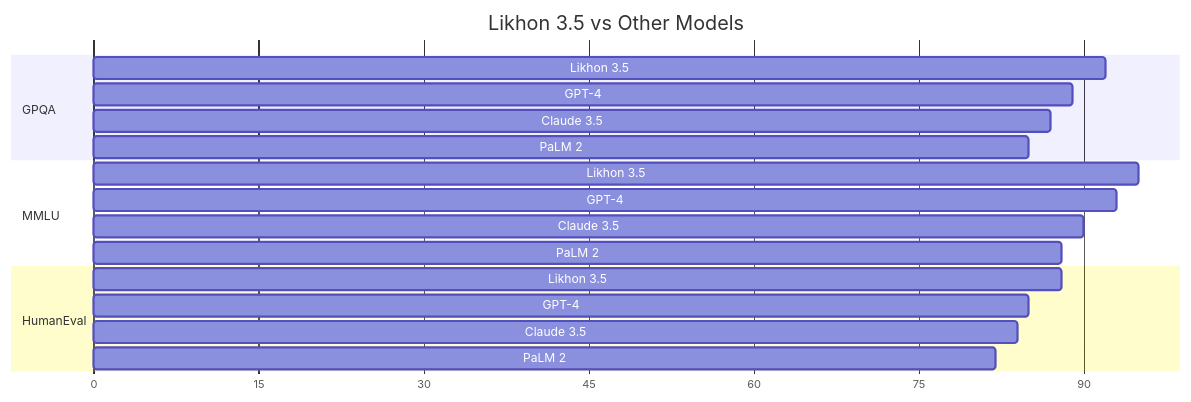
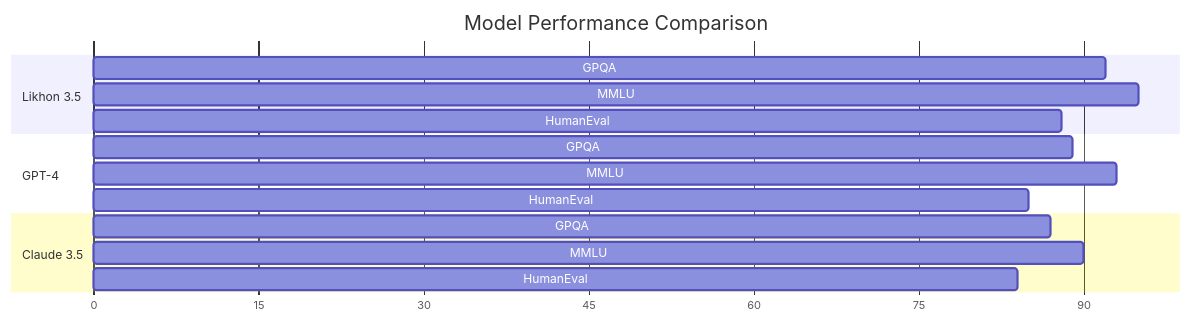
Before and after one commit to nectariferous/likhon-3.5: the fourth of 11 diagrams in README.md, drawn with Mermaid. The commit also changed other lines of this file, not shown here.

````diff
--- a/README.md
+++ b/README.md
@@ -45,24 +116,21 @@
 ```mermaid
 gantt
-    title Likhon 3.5 vs Other Models
+    title Model Performance Comparison
     dateFormat X
     axisFormat %s
 
-    section GPQA
-    Likhon 3.5 : 0, 92
-    GPT-4      : 0, 89
-    Claude 3.5 : 0, 87
-    PaLM 2     : 0, 85
+    section Likhon 3.5
+    GPQA     : 0, 92
+    MMLU     : 0, 95
+    HumanEval: 0, 88
 
-    section MMLU
-    Likhon 3.5 : 0, 95
-    GPT-4      : 0, 93
-    Claude 3.5 : 0, 90
-    PaLM 2     : 0, 88
+    section GPT-4
+    GPQA     : 0, 89
+    MMLU     : 0, 93
+    HumanEval: 0, 85
 
-    section HumanEval
-    Likhon 3.5 : 0, 88
-    GPT-4      : 0, 85
-    Claude 3.5 : 0, 84
-    PaLM 2     : 0, 82
+    section Claude 3.5
+    GPQA     : 0, 87
+    MMLU     : 0, 90
+    HumanEval: 0, 84
 ```
````
